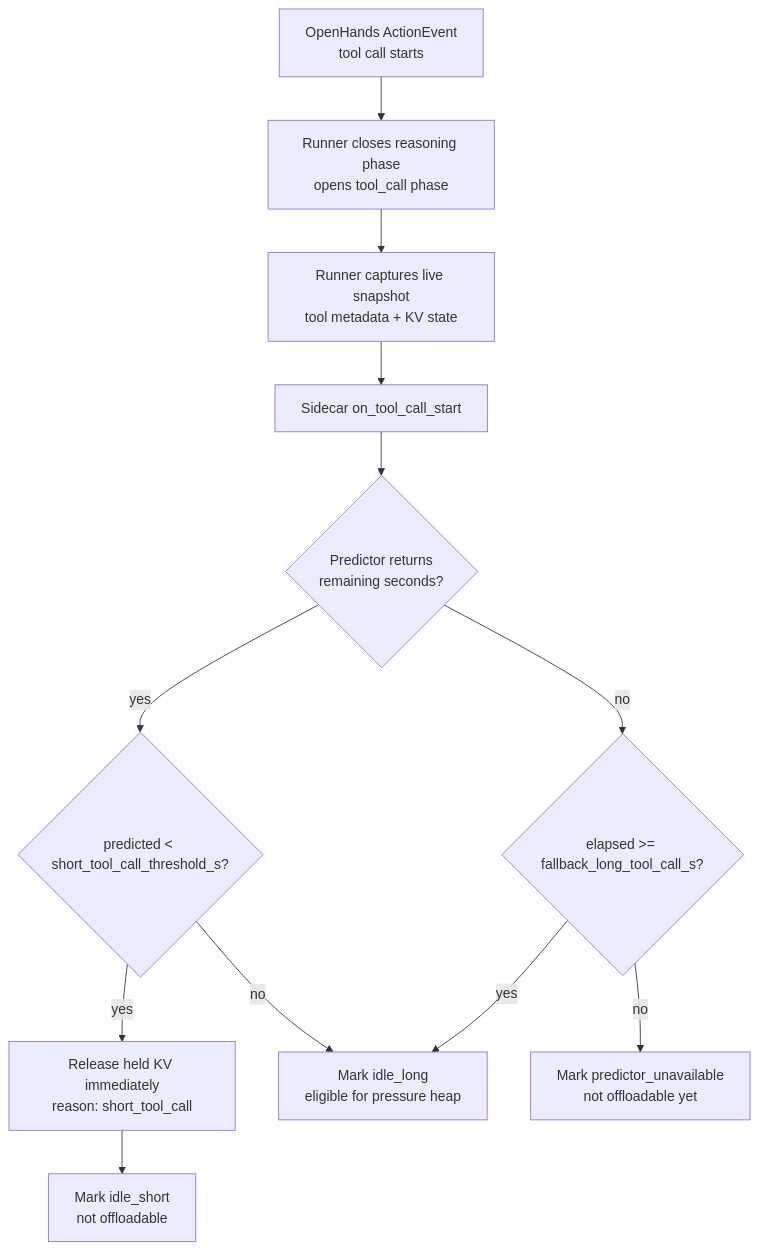
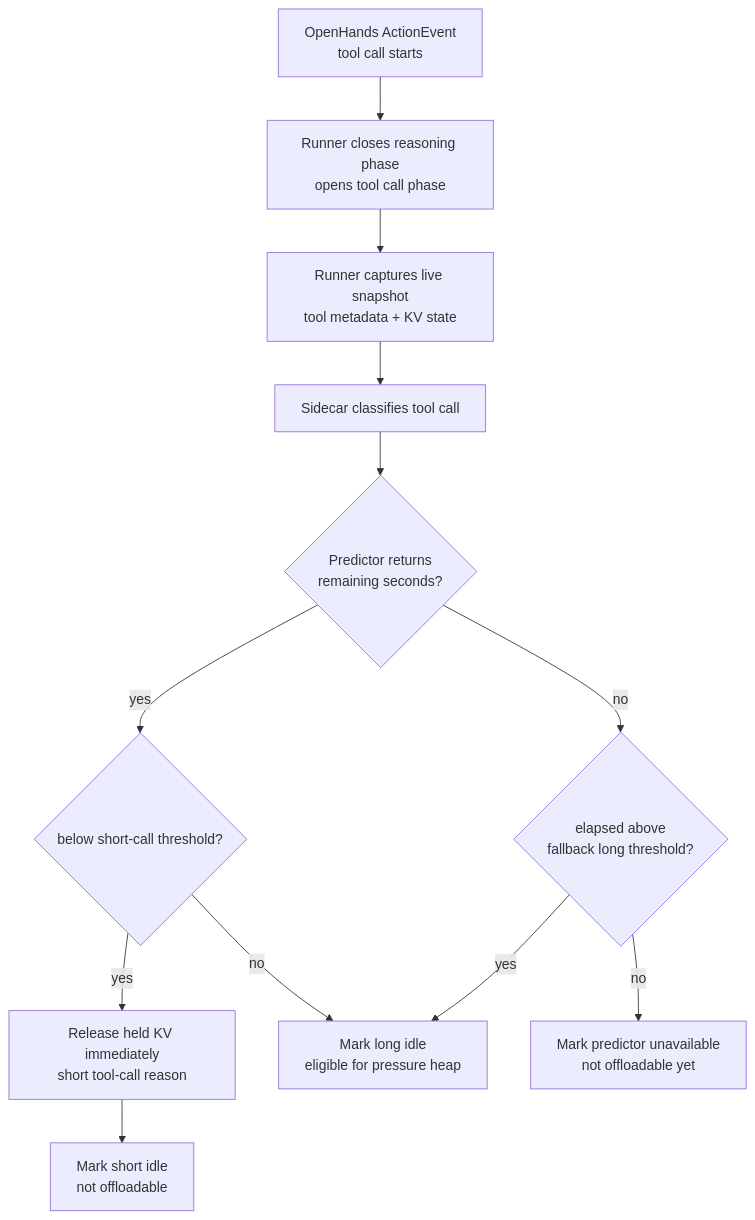
The third of 8 diagrams in docs/agent_kv_offload_architecture.md (javenjwzhao-coder/agent-concurrency), drawn with Mermaid before and after one commit. The commit also changed other lines of this file, not shown here.

Commit message:
Fix Mermaid architecture diagrams

````diff
--- a/docs/agent_kv_offload_architecture.md
+++ b/docs/agent_kv_offload_architecture.md
@@ -109,22 +109,22 @@
 ```mermaid
 flowchart TD
     action[OpenHands ActionEvent<br/>tool call starts]
-    close[Runner closes reasoning phase<br/>opens tool_call phase]
+    close[Runner closes reasoning phase<br/>opens tool call phase]
     snapshot[Runner captures live snapshot<br/>tool metadata + KV state]
-    classify[Sidecar on_tool_call_start]
+    classify[Sidecar classifies tool call]
     predict{Predictor returns<br/>remaining seconds?}
-    short{predicted < short_tool_call_threshold_s?}
-    release_short[Release held KV immediately<br/>reason: short_tool_call]
-    idle_short[Mark idle_short<br/>not offloadable]
-    idle_long[Mark idle_long<br/>eligible for pressure heap]
-    fallback{elapsed >= fallback_long_tool_call_s?}
-    unavailable[Mark predictor_unavailable<br/>not offloadable yet]
+    short{below short-call threshold?}
+    releaseShort[Release held KV immediately<br/>short tool-call reason]
+    idleShort[Mark short idle<br/>not offloadable]
+    idleLong[Mark long idle<br/>eligible for pressure heap]
+    fallback{elapsed above<br/>fallback long threshold?}
+    unavailable[Mark predictor unavailable<br/>not offloadable yet]
 
     action --> close --> snapshot --> classify --> predict
     predict -- yes --> short
-    short -- yes --> release_short --> idle_short
-    short -- no --> idle_long
+    short -- yes --> releaseShort --> idleShort
+    short -- no --> idleLong
     predict -- no --> fallback
-    fallback -- yes --> idle_long
+    fallback -- yes --> idleLong
     fallback -- no --> unavailable
 ```
````
